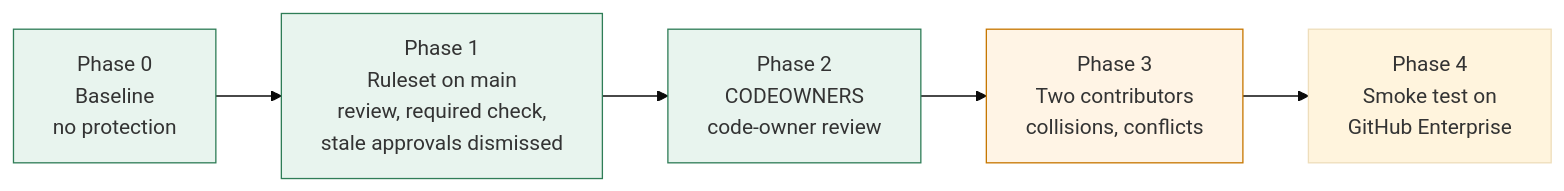
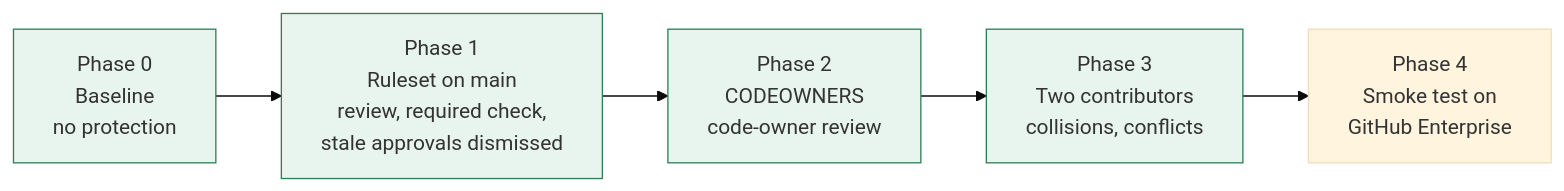
The fourth of 5 diagrams in README.md (inotives/inotives-knowledge-share), drawn with Mermaid (base theme) before and after one commit. The commit also changed other lines of this file and 2 other files, not shown here.

````diff
--- a/README.md
+++ b/README.md
@@ -118,15 +118,15 @@
 ```mermaid
 flowchart LR
     P0["Phase 0<br/>Baseline<br/>no protection"]
     P1["Phase 1<br/>Ruleset on main<br/>review, required check,<br/>stale approvals dismissed"]
     P2["Phase 2<br/>CODEOWNERS<br/>code-owner review"]
     P3["Phase 3<br/>Two contributors<br/>collisions, conflicts"]
     P4["Phase 4<br/>Smoke test on<br/>GitHub Enterprise"]
 
     P0 --> P1 --> P2 --> P3 --> P4
 
     style P0 fill:#e8f4ee,stroke:#2f7d57
     style P1 fill:#e8f4ee,stroke:#2f7d57
     style P2 fill:#e8f4ee,stroke:#2f7d57
-    style P3 fill:#fff4e5,stroke:#c77700
+    style P3 fill:#e8f4ee,stroke:#2f7d57
 ```
````
